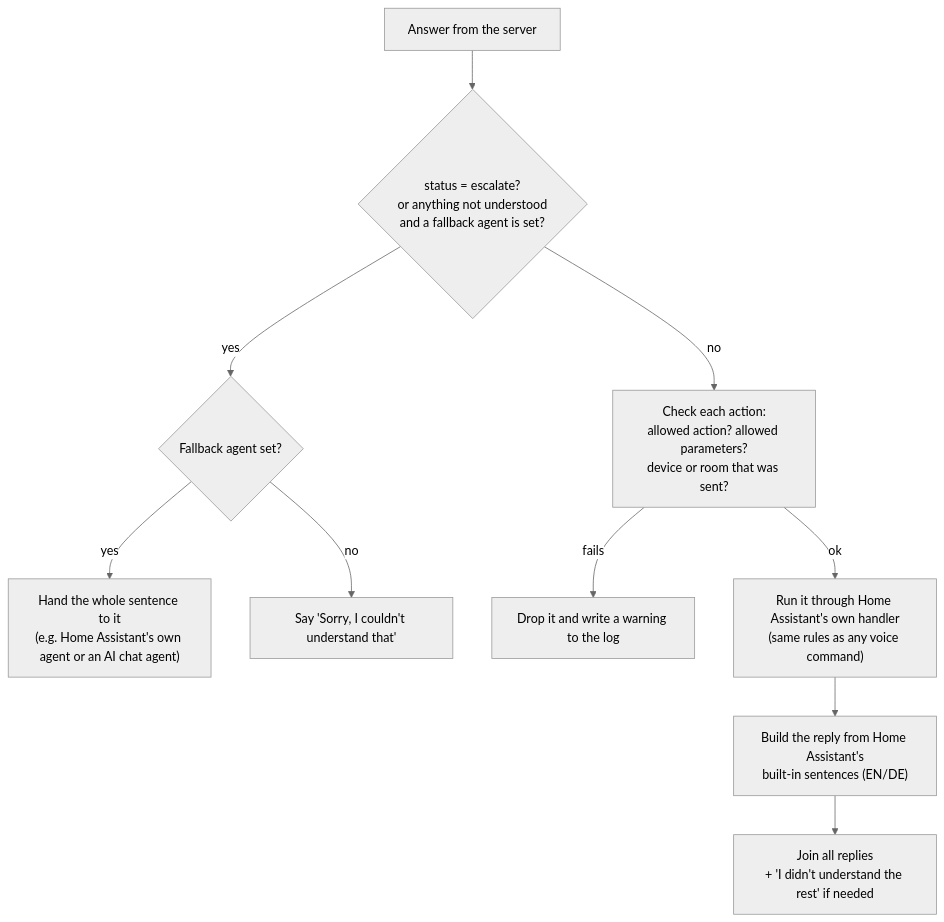
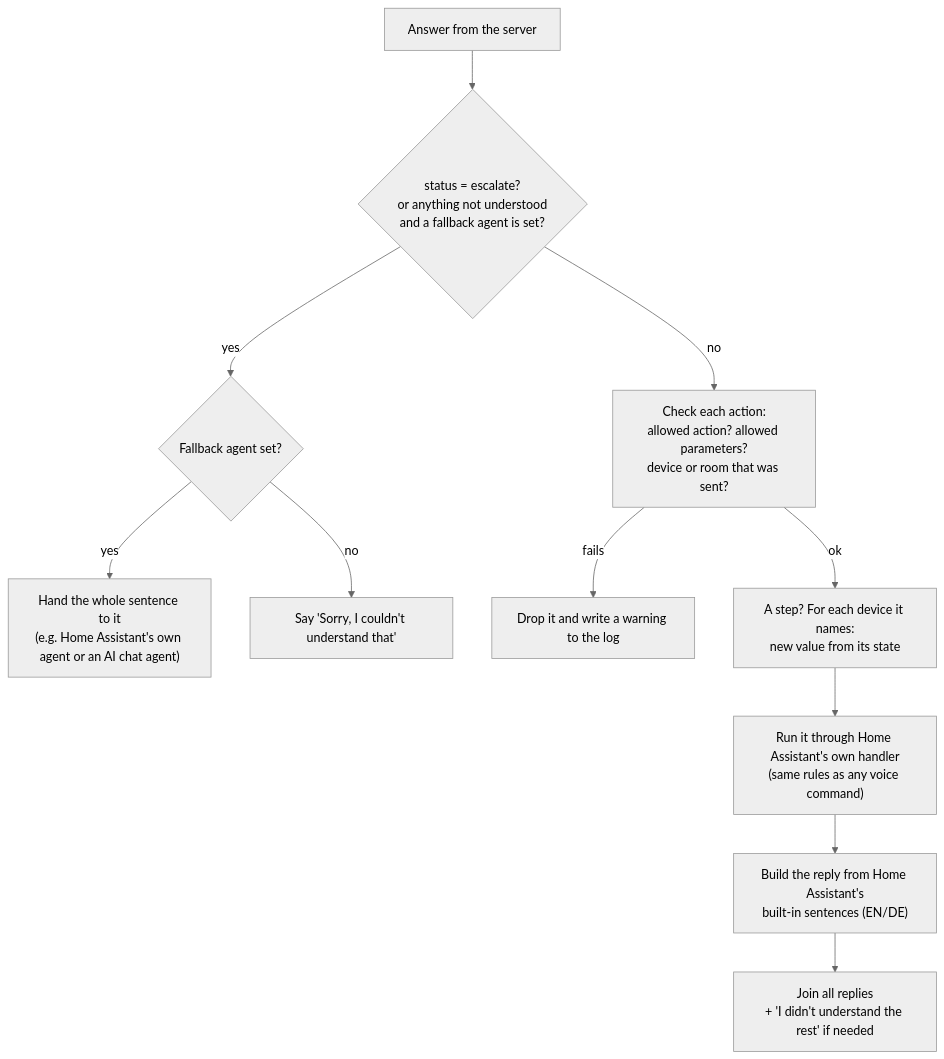
The fourth of 5 diagrams in HOW-IT-WORKS.md (d00kIe/assist-decider), drawn with Mermaid (neutral theme) before and after one commit. The commit also changed other lines of this file and 18 other files, not shown here.

````diff
--- a/HOW-IT-WORKS.md
+++ b/HOW-IT-WORKS.md
@@ -360,12 +371,13 @@
 ```mermaid
 flowchart TD
     R["Answer from the server"] --> E{"status = escalate?<br/>or anything not understood<br/>and a fallback agent is set?"}
     E -- yes --> FB{"Fallback agent set?"}
     FB -- yes --> FA["Hand the whole sentence to it<br/>(e.g. Home Assistant's own agent or an AI chat agent)"]
     FB -- no --> SORRY["Say 'Sorry, I couldn't understand that'"]
     E -- no --> V["Check each action:<br/>allowed action? allowed parameters?<br/>device or room that was sent?"]
     V -- fails --> DROP["Drop it and write a warning to the log"]
-    V -- ok --> RUN["Run it through Home Assistant's own handler<br/>(same rules as any voice command)"]
+    V -- ok --> STEP["A step? For each device it names:<br/>new value from its state"]
+    STEP --> RUN["Run it through Home Assistant's own handler<br/>(same rules as any voice command)"]
     RUN --> SAY["Build the reply from Home Assistant's<br/>built-in sentences (EN/DE)"]
     SAY --> ALL["Join all replies<br/>+ 'I didn't understand the rest' if needed"]
 ```
````
